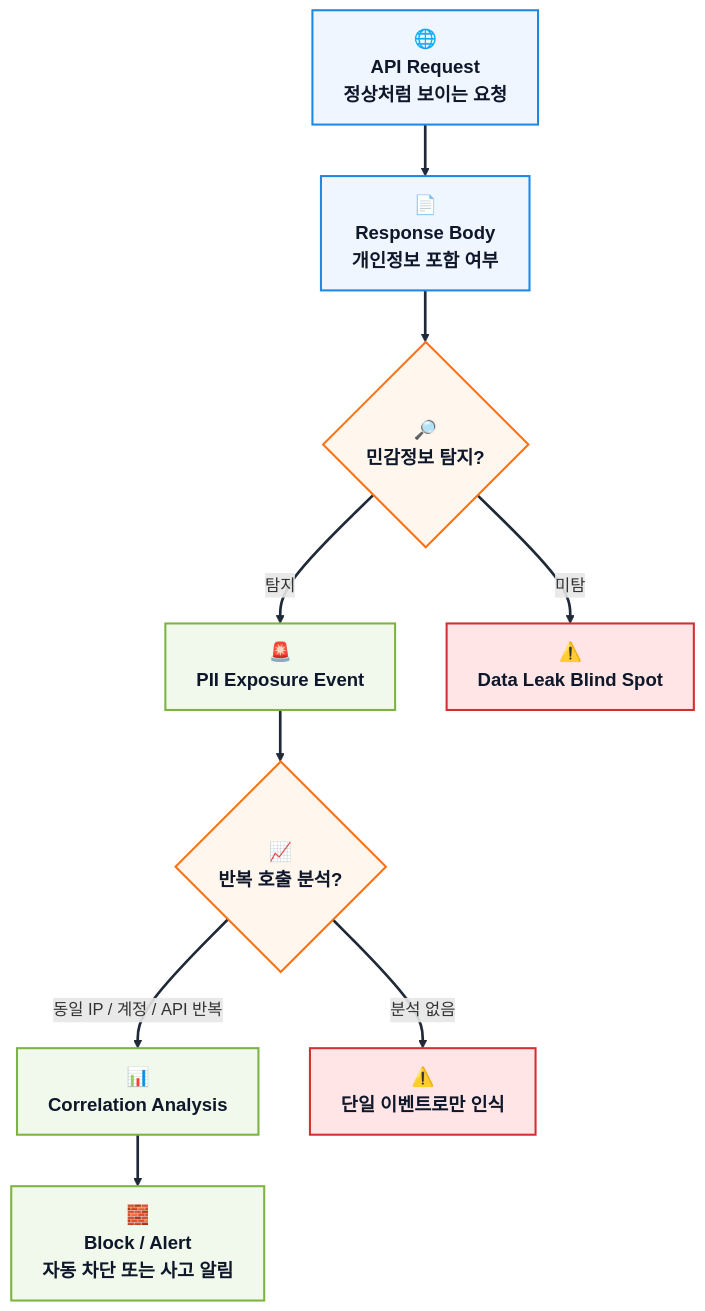
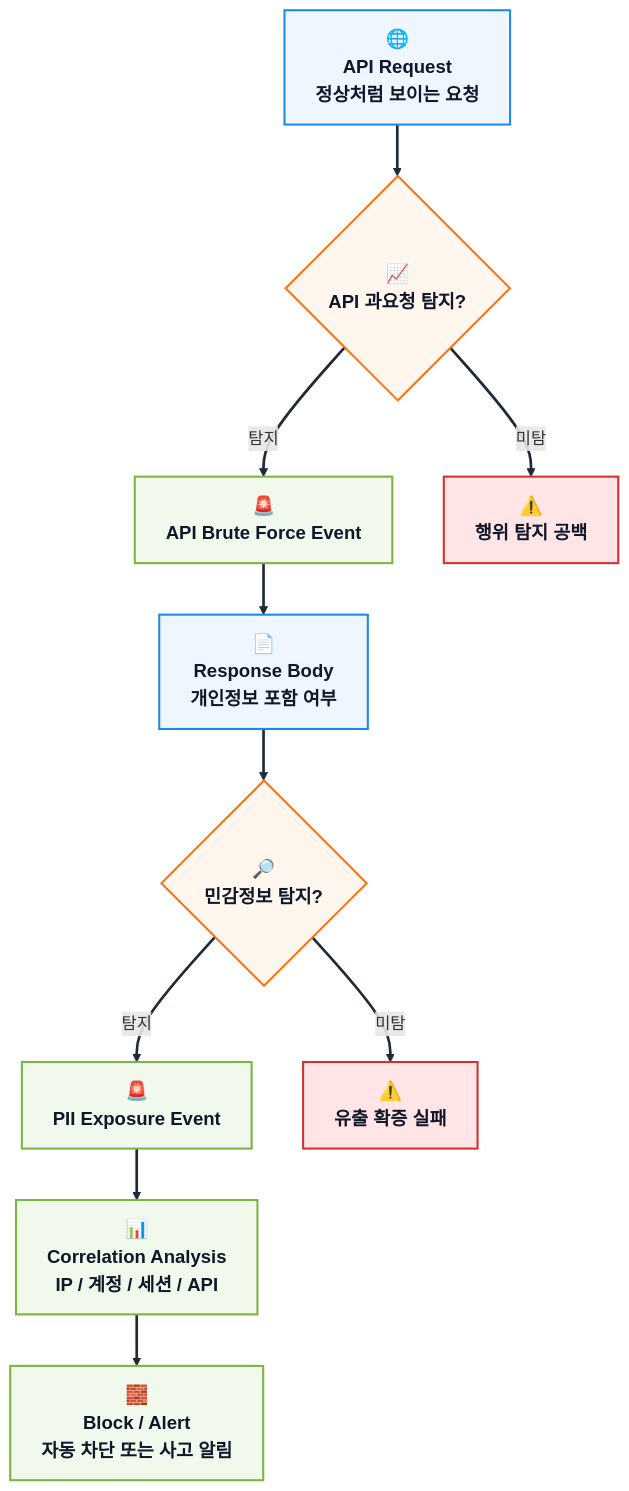
The fourth of 5 diagrams in content/ko/respond/modoo-startup-api-response-leak.md (qubitsec/blog), drawn with Mermaid before and after one commit. The commit also changed other lines of this file, not shown here.

````diff
--- a/content/ko/respond/modoo-startup-api-response-leak.md
+++ b/content/ko/respond/modoo-startup-api-response-leak.md
@@ -376,51 +486,53 @@
 ```mermaid
 %%{init: {
   "theme": "base",
   "themeVariables": {
     "fontFamily": "Pretendard, Noto Sans KR, Arial",
     "background": "#ffffff",
     "primaryTextColor": "#0f172a",
     "lineColor": "#1f2937"
   },
   "themeCSS": "
     .node rect, .node circle, .node ellipse, .node polygon {
       filter: drop-shadow(0px 4px 8px rgba(15, 23, 42, 0.16));
     }
     .edgePath path {
       stroke-width: 2.6px;
     }
     .edgeLabel {
       background-color: #ffffff;
       color: #0f172a;
       font-weight: 700;
     }
   "
 }}%%
 
 flowchart TD
 
-    REQ["🌐<br/><b>API Request</b><br/>정상처럼 보이는 요청"] --> RESP["📄<br/><b>Response Body</b><br/>개인정보 포함 여부"]
+    REQ["🌐<br/><b>API Request</b><br/>정상처럼 보이는 요청"] --> COUNT{"📈<br/><b>API 과요청 탐지?</b>"}
+
+    COUNT -- "탐지" --> BF["🚨<br/><b>API Brute Force Event</b>"]
+    COUNT -- "미탐" --> BLIND1["⚠️<br/><b>행위 탐지 공백</b>"]
+
+    BF --> RESP["📄<br/><b>Response Body</b><br/>개인정보 포함 여부"]
 
     RESP --> PII{"🔎<br/><b>민감정보 탐지?</b>"}
     PII -- "탐지" --> EVENT["🚨<br/><b>PII Exposure Event</b>"]
-    PII -- "미탐" --> BLIND["⚠️<br/><b>Data Leak Blind Spot</b>"]
+    PII -- "미탐" --> BLIND2["⚠️<br/><b>유출 확증 실패</b>"]
 
-    EVENT --> COUNT{"📈<br/><b>반복 호출 분석?</b>"}
-    COUNT -- "동일 IP / 계정 / API 반복" --> CORR["📊<br/><b>Correlation Analysis</b>"]
-    COUNT -- "분석 없음" --> ALERT_ONLY["⚠️<br/><b>단일 이벤트로만 인식</b>"]
-
+    EVENT --> CORR["📊<br/><b>Correlation Analysis</b><br/>IP / 계정 / 세션 / API"]
     CORR --> BLOCK["🧱<br/><b>Block / Alert</b><br/>자동 차단 또는 사고 알림"]
 
     classDef normal fill:#eff6ff,stroke:#1e88e5,stroke-width:2px,color:#0f172a,font-size:18px,font-weight:bold;
     classDef warn fill:#fff7ed,stroke:#f97316,stroke-width:2px,color:#0f172a,font-size:18px,font-weight:bold;
     classDef danger fill:#ffe5e5,stroke:#d32f2f,stroke-width:2px,color:#0f172a,font-size:18px,font-weight:bold;
     classDef safe fill:#f0f9eb,stroke:#7cb342,stroke-width:2px,color:#0f172a,font-size:18px,font-weight:bold;
 
     class REQ,RESP normal;
-    class PII,COUNT warn;
-    class EVENT,CORR safe;
-    class BLIND,ALERT_ONLY danger;
+    class COUNT,PII warn;
+    class BF,EVENT,CORR safe;
+    class BLIND1,BLIND2 danger;
     class BLOCK safe;
 
-    linkStyle 0,1,2,3,4,5,6,7 stroke:#1f2937,stroke-width:2.6px;
+    linkStyle 0,1,2,3,4,5,6,7,8 stroke:#1f2937,stroke-width:2.6px;
 ```
````
